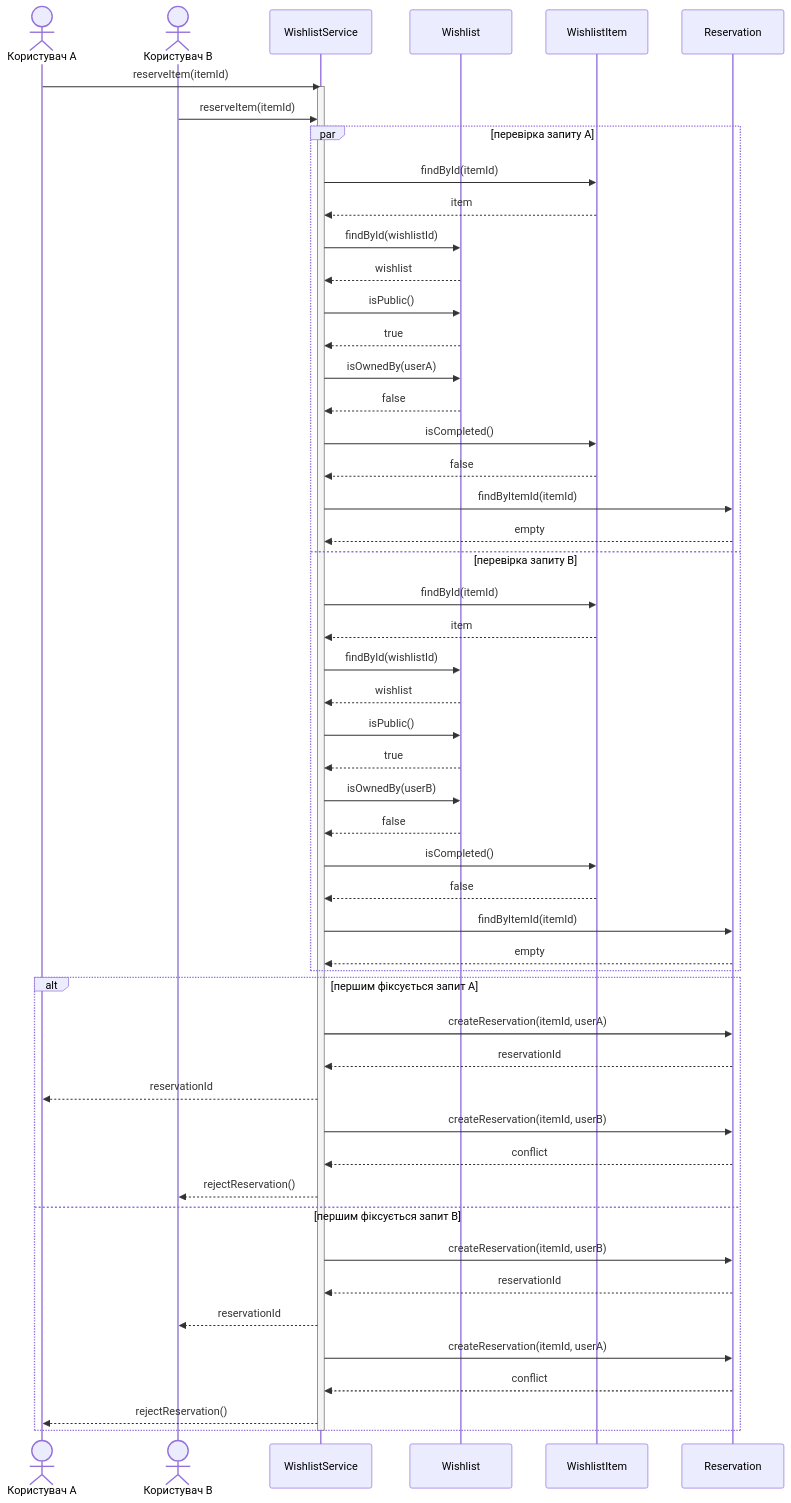
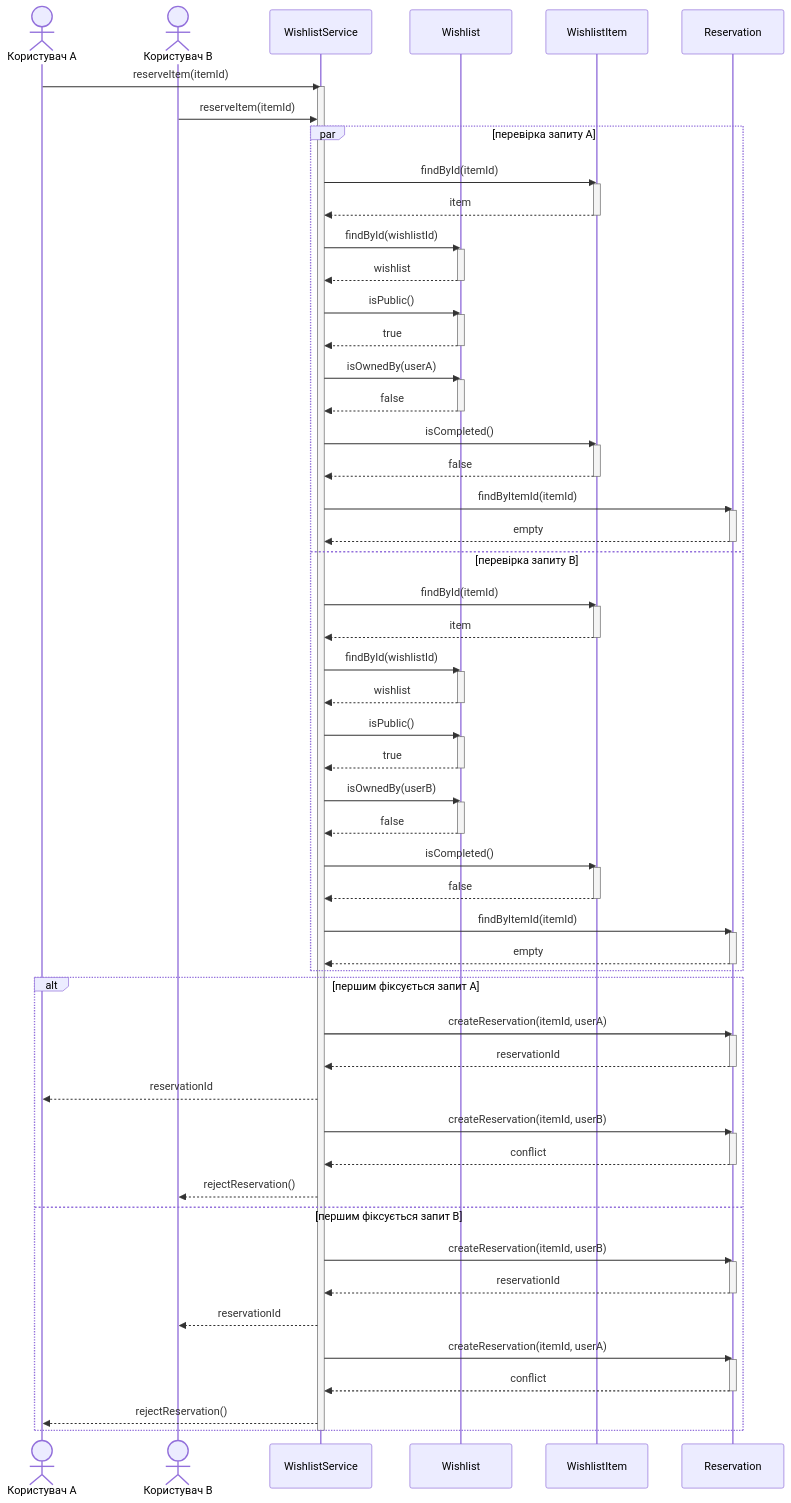
One commit to mariiahosp/kpi-labs changed the diagram in lab3/sc-12-reserve-concurrent.md. Above: the diagram before and after it, drawn with Mermaid. The commit also changed 8 other files, not shown here.

```diff
--- a/lab3/sc-12-reserve-concurrent.md
+++ b/lab3/sc-12-reserve-concurrent.md
@@ -15,45 +15,77 @@
 
     par перевірка запиту A
         S->>Item: findById(itemId)
+        activate Item
         Item-->>S: item
+        deactivate Item
         S->>W: findById(wishlistId)
+        activate W
         W-->>S: wishlist
+        deactivate W
         S->>W: isPublic()
+        activate W
         W-->>S: true
+        deactivate W
         S->>W: isOwnedBy(userA)
+        activate W
         W-->>S: false
+        deactivate W
         S->>Item: isCompleted()
+        activate Item
         Item-->>S: false
+        deactivate Item
         S->>R: findByItemId(itemId)
+        activate R
         R-->>S: empty
+        deactivate R
     and перевірка запиту B
         S->>Item: findById(itemId)
+        activate Item
         Item-->>S: item
+        deactivate Item
         S->>W: findById(wishlistId)
+        activate W
         W-->>S: wishlist
+        deactivate W
         S->>W: isPublic()
+        activate W
         W-->>S: true
+        deactivate W
         S->>W: isOwnedBy(userB)
+        activate W
         W-->>S: false
+        deactivate W
         S->>Item: isCompleted()
+        activate Item
         Item-->>S: false
+        deactivate Item
         S->>R: findByItemId(itemId)
+        activate R
         R-->>S: empty
+        deactivate R
     end
 
     alt першим фіксується запит A
         S->>R: createReservation(itemId, userA)
+        activate R
         R-->>S: reservationId
+        deactivate R
         S-->>A: reservationId
         S->>R: createReservation(itemId, userB)
+        activate R
         R-->>S: conflict
+        deactivate R
         S-->>B: rejectReservation()
     else першим фіксується запит B
         S->>R: createReservation(itemId, userB)
+        activate R
         R-->>S: reservationId
+        deactivate R
         S-->>B: reservationId
         S->>R: createReservation(itemId, userA)
+        activate R
         R-->>S: conflict
+        deactivate R
         S-->>A: rejectReservation()
     end
     deactivate S
```
